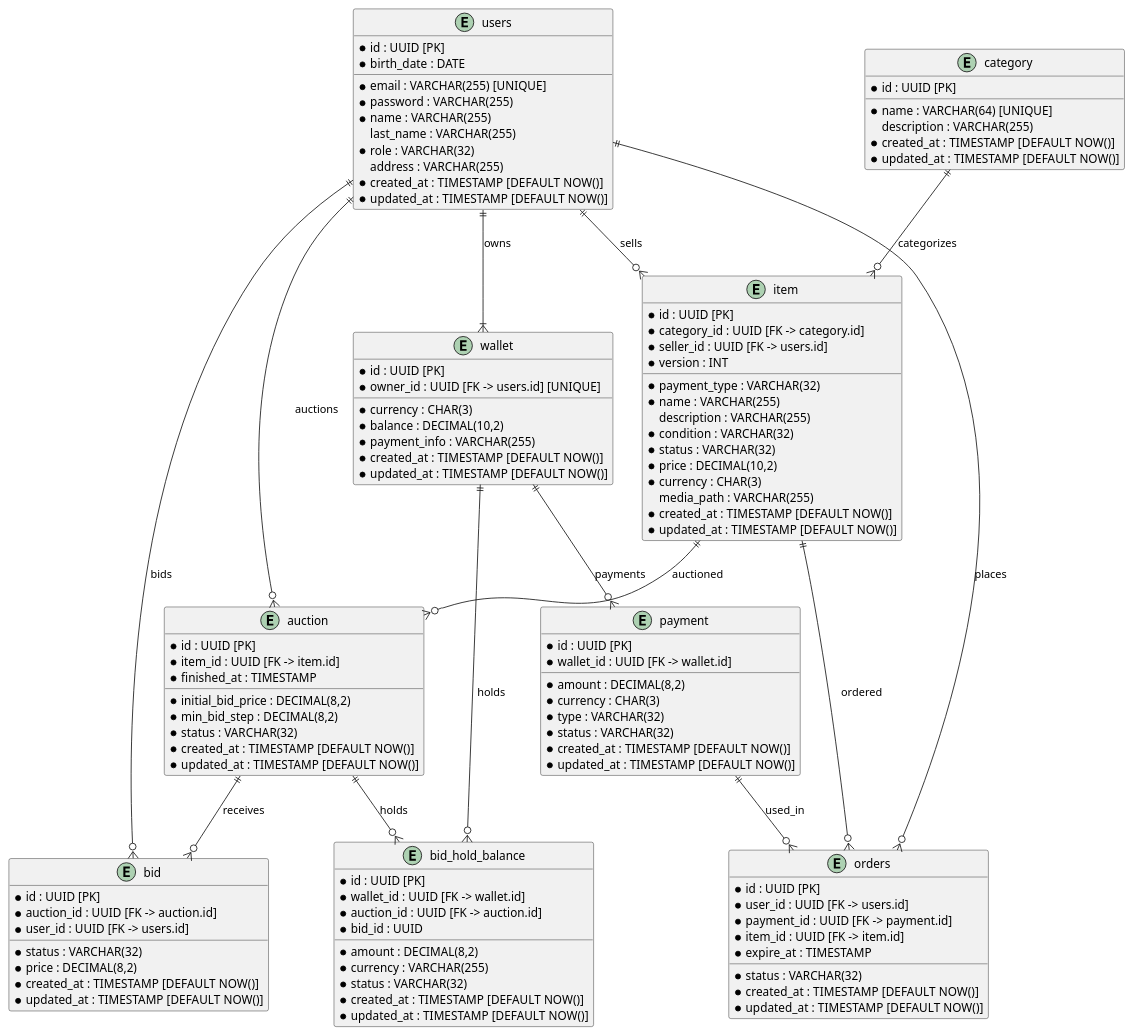
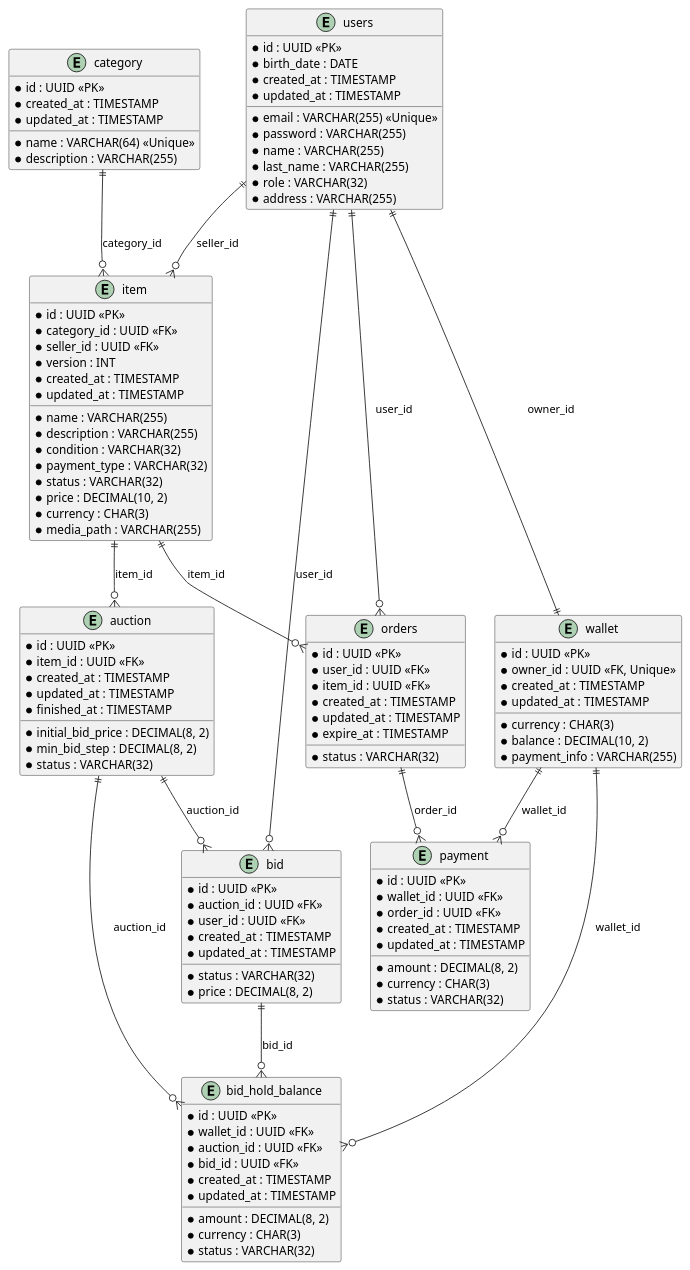
Before and after one commit to yayauheny/art-market: the diagram in service/src/main/resources/db_schema.puml, drawn with PlantUML. The commit also changed 1 other file, not shown here.

Commit message:
Update puml schema

```diff
--- a/service/src/main/resources/db_schema.puml
+++ b/service/src/main/resources/db_schema.puml
@@ -1,120 +1,155 @@
 @startuml
 
-entity users {
-    *id : UUID [PK]
-    *email : VARCHAR(255) [UNIQUE]
-    *password : VARCHAR(255)
-    *name : VARCHAR(255)
-    last_name : VARCHAR(255)
-    *role : VARCHAR(32)
-    address : VARCHAR(255)
-    *birth_date : DATE
-    *created_at : TIMESTAMP [DEFAULT NOW()]
-    *updated_at : TIMESTAMP [DEFAULT NOW()]
+' Table: users
+entity "users" {
+  * id : UUID <<PK>>
+  * email : VARCHAR(255) <<Unique>>
+  * password : VARCHAR(255)
+  * name : VARCHAR(255)
+  * last_name : VARCHAR(255)
+  * role : VARCHAR(32)
+  * address : VARCHAR(255)
+  * birth_date : DATE
+  * created_at : TIMESTAMP
+  * updated_at : TIMESTAMP
 }
 
-entity wallet {
-    *id : UUID [PK]
-    *owner_id : UUID [FK -> users.id] [UNIQUE]
-    *currency : CHAR(3)
-    *balance : DECIMAL(10,2)
-    *payment_info : VARCHAR(255)
-    *created_at : TIMESTAMP [DEFAULT NOW()]
-    *updated_at : TIMESTAMP [DEFAULT NOW()]
+' Table: wallet
+entity "wallet" {
+  * id : UUID <<PK>>
+  * owner_id : UUID <<FK, Unique>>
+  * currency : CHAR(3)
+  * balance : DECIMAL(10, 2)
+  * payment_info : VARCHAR(255)
+  * created_at : TIMESTAMP
+  * updated_at : TIMESTAMP
 }
 
-entity category {
-    *id : UUID [PK]
-    *name : VARCHAR(64) [UNIQUE]
-    description : VARCHAR(255)
-    *created_at : TIMESTAMP [DEFAULT NOW()]
-    *updated_at : TIMESTAMP [DEFAULT NOW()]
+' Table: category
+entity "category" {
+  * id : UUID <<PK>>
+  * name : VARCHAR(64) <<Unique>>
+  * description : VARCHAR(255)
+  * created_at : TIMESTAMP
+  * updated_at : TIMESTAMP
 }
 
-entity item {
-    *id : UUID [PK]
-    *category_id : UUID [FK -> category.id]
-    *seller_id : UUID [FK -> users.id]
-    *payment_type : VARCHAR(32)
-    *name : VARCHAR(255)
-    description : VARCHAR(255)
-    *condition : VARCHAR(32)
-    *status : VARCHAR(32)
-    *price : DECIMAL(10,2)
-    *currency : CHAR(3)
-    media_path : VARCHAR(255)
-    *version : INT
-    *created_at : TIMESTAMP [DEFAULT NOW()]
-    *updated_at : TIMESTAMP [DEFAULT NOW()]
+' Table: item
+entity "item" {
+  * id : UUID <<PK>>
+  * category_id : UUID <<FK>>
+  * seller_id : UUID <<FK>>
+  * name : VARCHAR(255)
+  * description : VARCHAR(255)
+  * condition : VARCHAR(32)
+  * payment_type : VARCHAR(32)
+  * status : VARCHAR(32)
+  * price : DECIMAL(10, 2)
+  * currency : CHAR(3)
+  * media_path : VARCHAR(255)
+  * version : INT
+  * created_at : TIMESTAMP
+  * updated_at : TIMESTAMP
 }
 
-entity auction {
-    *id : UUID [PK]
-    *item_id : UUID [FK -> item.id]
-    *initial_bid_price : DECIMAL(8,2)
-    *min_bid_step : DECIMAL(8,2)
-    *status : VARCHAR(32)
-    *created_at : TIMESTAMP [DEFAULT NOW()]
-    *updated_at : TIMESTAMP [DEFAULT NOW()]
-    *finished_at : TIMESTAMP
+' Table: auction
+entity "auction" {
+  * id : UUID <<PK>>
+  * item_id : UUID <<FK>>
+  * initial_bid_price : DECIMAL(8, 2)
+  * min_bid_step : DECIMAL(8, 2)
+  * status : VARCHAR(32)
+  * created_at : TIMESTAMP
+  * updated_at : TIMESTAMP
+  * finished_at : TIMESTAMP
 }
 
-entity bid {
-    *id : UUID [PK]
-    *auction_id : UUID [FK -> auction.id]
-    *user_id : UUID [FK -> users.id]
-    *status : VARCHAR(32)
-    *price : DECIMAL(8,2)
-    *created_at : TIMESTAMP [DEFAULT NOW()]
-    *updated_at : TIMESTAMP [DEFAULT NOW()]
+' Table: bid
+entity "bid" {
+  * id : UUID <<PK>>
+  * auction_id : UUID <<FK>>
+  * user_id : UUID <<FK>>
+  * status : VARCHAR(32)
+  * price : DECIMAL(8, 2)
+  * created_at : TIMESTAMP
+  * updated_at : TIMESTAMP
 }
 
-entity payment {
-    *id : UUID [PK]
-    *wallet_id : UUID [FK -> wallet.id]
-    *amount : DECIMAL(8,2)
-    *currency : CHAR(3)
-    *type : VARCHAR(32)
-    *status : VARCHAR(32)
-    *created_at : TIMESTAMP [DEFAULT NOW()]
-    *updated_at : TIMESTAMP [DEFAULT NOW()]
+' Table: orders
+entity "orders" {
+  * id : UUID <<PK>>
+  * user_id : UUID <<FK>>
+  * item_id : UUID <<FK>>
+  * status : VARCHAR(32)
+  * created_at : TIMESTAMP
+  * updated_at : TIMESTAMP
+  * expire_at : TIMESTAMP
 }
 
-entity orders {
-    *id : UUID [PK]
-    *user_id : UUID [FK -> users.id]
-    *payment_id : UUID [FK -> payment.id]
-    *item_id : UUID [FK -> item.id]
-    *status : VARCHAR(32)
-    *created_at : TIMESTAMP [DEFAULT NOW()]
-    *updated_at : TIMESTAMP [DEFAULT NOW()]
-    *expire_at : TIMESTAMP
+' Table: payment
+entity "payment" {
+  * id : UUID <<PK>>
+  * wallet_id : UUID <<FK>>
+  * order_id : UUID <<FK>>
+  * amount : DECIMAL(8, 2)
+  * currency : CHAR(3)
+  * status : VARCHAR(32)
+  * created_at : TIMESTAMP
+  * updated_at : TIMESTAMP
 }
 
-entity bid_hold_balance {
-    *id : UUID [PK]
-    *wallet_id : UUID [FK -> wallet.id]
-    *auction_id : UUID [FK -> auction.id]
-    *bid_id : UUID
-    *amount : DECIMAL(8,2)
-    *currency : VARCHAR(255)
-    *status : VARCHAR(32)
-    *created_at : TIMESTAMP [DEFAULT NOW()]
-    *updated_at : TIMESTAMP [DEFAULT NOW()]
+' Table: bid_hold_balance
+entity "bid_hold_balance" {
+  * id : UUID <<PK>>
+  * wallet_id : UUID <<FK>>
+  * auction_id : UUID <<FK>>
+  * bid_id : UUID <<FK>>
+  * amount : DECIMAL(8, 2)
+  * currency : CHAR(3)
+  * status : VARCHAR(32)
+  * created_at : TIMESTAMP
+  * updated_at : TIMESTAMP
 }
 
-users ||--|{ wallet : owns
-users ||--o{ item : sells
-users ||--o{ auction : auctions
-users ||--o{ bid : bids
-users ||--o{ orders : places
-wallet ||--o{ payment : payments
-wallet ||--o{ bid_hold_balance : holds
-category ||--o{ item : categorizes
-item ||--o{ auction : auctioned
-item ||--o{ orders : ordered
-auction ||--o{ bid : receives
-auction ||--o{ bid_hold_balance : holds
-payment ||--o{ orders : used_in
+' Relationships
+
+' wallet.owner_id references users.id (One-to-One)
+users ||--|| wallet : owner_id
+
+' item.category_id references category.id (Many items belong to one category)
+category ||--o{ item : category_id
+
+' item.seller_id references users.id (Many items sold by one user)
+users ||--o{ item : seller_id
+
+' auction.item_id references item.id (Many auctions for items)
+item ||--o{ auction : item_id
+
+' bid.auction_id references auction.id (Many bids in one auction)
+auction ||--o{ bid : auction_id
+
+' bid.user_id references users.id (Many bids by one user)
+users ||--o{ bid : user_id
+
+' orders.user_id references users.id (Many orders by one user)
+users ||--o{ orders : user_id
+
+' orders.item_id references item.id (Many orders for one item)
+item ||--o{ orders : item_id
+
+' payment.wallet_id references wallet.id (Many payments from one wallet)
+wallet ||--o{ payment : wallet_id
+
+' payment.order_id references orders.id (Many payments per order)
+orders ||--o{ payment : order_id
+
+' bid_hold_balance.wallet_id references wallet.id (Many hold balances from one wallet)
+wallet ||--o{ bid_hold_balance : wallet_id
+
+' bid_hold_balance.auction_id references auction.id (Many hold balances per auction)
+auction ||--o{ bid_hold_balance : auction_id
+
+' bid_hold_balance.bid_id references bid.id (Many hold balances per bid)
+bid ||--o{ bid_hold_balance : bid_id
 
 @enduml
```
